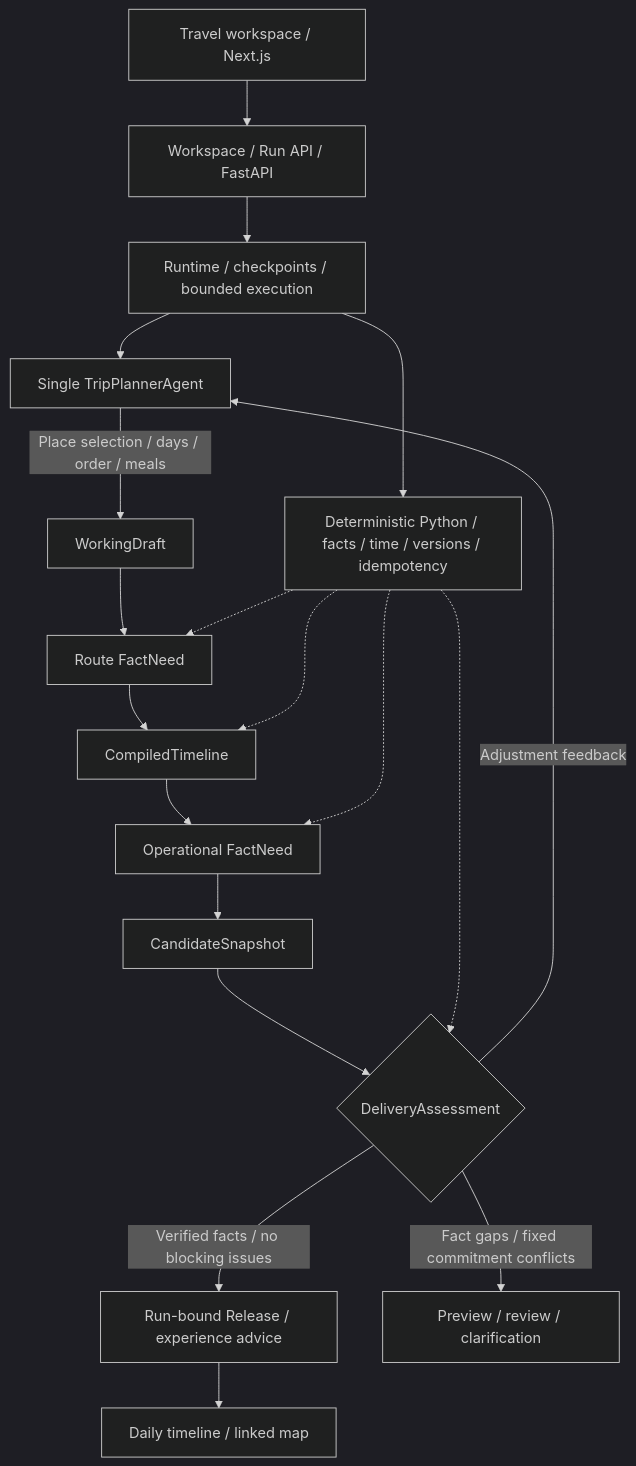
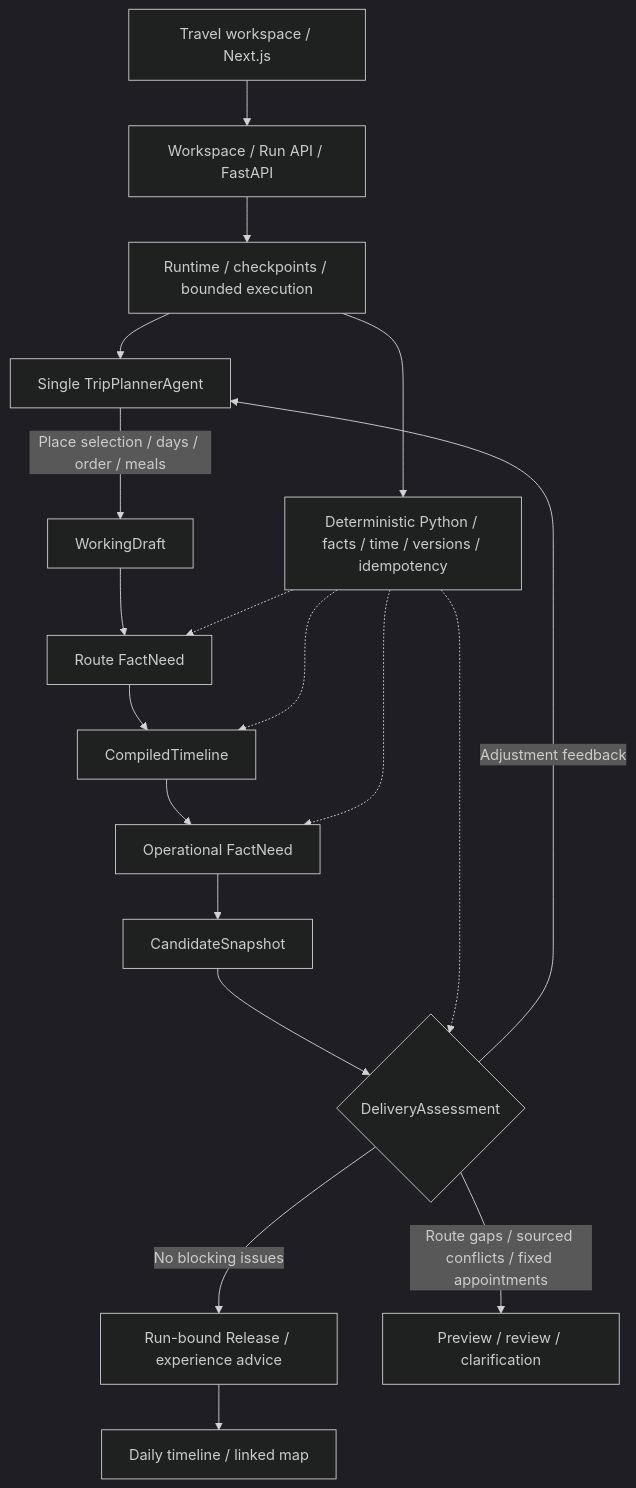
One commit to tutuwangk/Trajecta-Agent changed the diagram in README.md. Above: the diagram before and after it, drawn with Mermaid (dark theme). The commit also changed other lines of this file and 9 other files, not shown here.

````diff
--- a/README.md
+++ b/README.md
@@ -77,21 +80,21 @@
 ```mermaid
 flowchart TD
   UI["Travel workspace / Next.js"] --> API["Workspace / Run API / FastAPI"]
   API --> RT["Runtime / checkpoints / bounded execution"]
   RT --> Agent["Single TripPlannerAgent"]
   Agent -->|"Place selection / days / order / meals"| Draft["WorkingDraft"]
   Draft --> Routes["Route FactNeed"]
   Routes --> Timeline["CompiledTimeline"]
   Timeline --> Ops["Operational FactNeed"]
   Ops --> Candidate["CandidateSnapshot"]
   Candidate --> Gate{"DeliveryAssessment"}
   Gate -->|"Adjustment feedback"| Agent
-  Gate -->|"Verified facts / no blocking issues"| Release["Run-bound Release / experience advice"]
-  Gate -->|"Fact gaps / fixed commitment conflicts"| Preview["Preview / review / clarification"]
+  Gate -->|"No blocking issues"| Release["Run-bound Release / experience advice"]
+  Gate -->|"Route gaps / sourced conflicts / fixed appointments"| Preview["Preview / review / clarification"]
   Release --> View["Daily timeline / linked map"]
   RT --> Python["Deterministic Python / facts / time / versions / idempotency"]
   Python -.-> Routes
   Python -.-> Timeline
   Python -.-> Ops
   Python -.-> Gate
 ```
````
